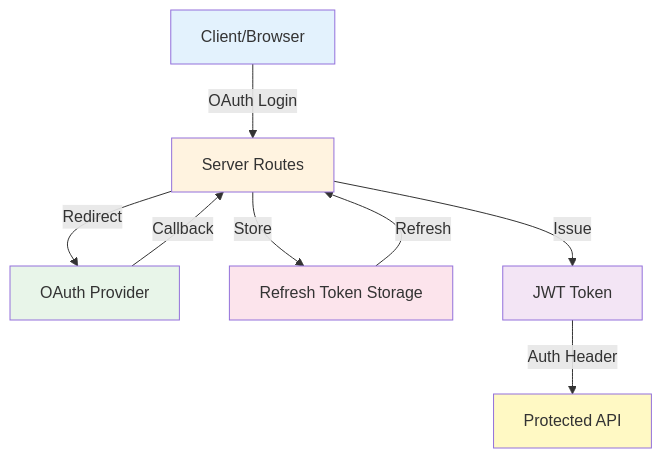
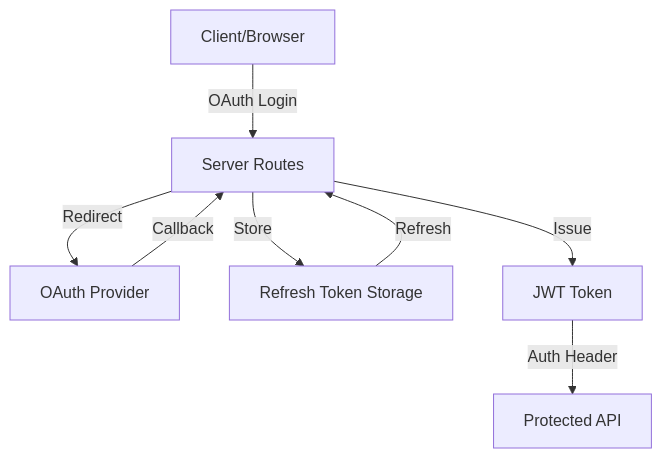
One commit to peterbud/nuxt-aegis changed the first of 7 diagrams in docs/architecture/index.md. Above: the diagram before and after it, drawn with Mermaid. The commit also changed other lines of this file and 7 other files, not shown here.

Commit message:
feat(docs): add mermaid rendering

````diff
--- a/docs/architecture/index.md
+++ b/docs/architecture/index.md
@@ -11,17 +11,10 @@
 ```mermaid
 graph TB
     A[Client/Browser] -->|OAuth Login| B[Server Routes]
     B -->|Redirect| C[OAuth Provider]
     C -->|Callback| B
     B -->|Store| D[Refresh Token Storage]
     B -->|Issue| E[JWT Token]
     E -->|Auth Header| F[Protected API]
     D -->|Refresh| B
-    
-    style A fill:#E3F2FD
-    style B fill:#FFF3E0
-    style C fill:#E8F5E9
-    style D fill:#FCE4EC
-    style E fill:#F3E5F5
-    style F fill:#FFF9C4
 ```
````
